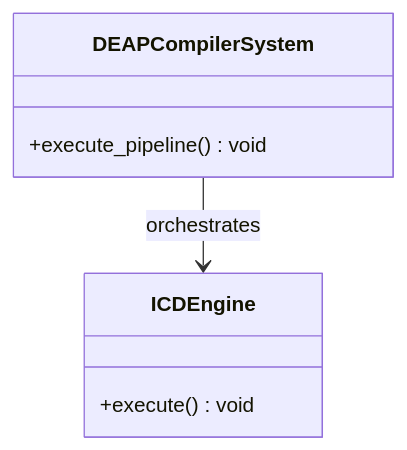
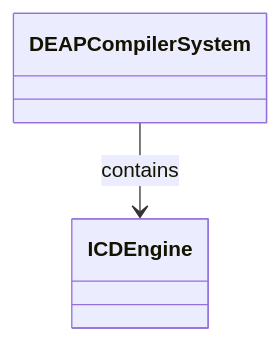
Before and after one commit to gintatkinson/dumpiler-01: the first of 2 diagrams in docs/epics/EPIC-10-Subsystem_8_Level_1C_ICD_Interconnect_Contracts.md, drawn with Mermaid. The commit also changed other lines of this file and 101 other files, not shown here.

````diff
--- a/docs/epics/EPIC-10-Subsystem_8_Level_1C_ICD_Interconnect_Contracts.md
+++ b/docs/epics/EPIC-10-Subsystem_8_Level_1C_ICD_Interconnect_Contracts.md
@@ -51,10 +66,6 @@
 ```mermaid
 classDiagram
-    class DEAPCompilerSystem {
-        +execute_pipeline() void
-    }
-    class ICDEngine {
-        +execute() void
-    }
-    DEAPCompilerSystem --> ICDEngine : orchestrates
+    class DEAPCompilerSystem
+    class ICDEngine
+    DEAPCompilerSystem --> ICDEngine : contains
 ```
````
